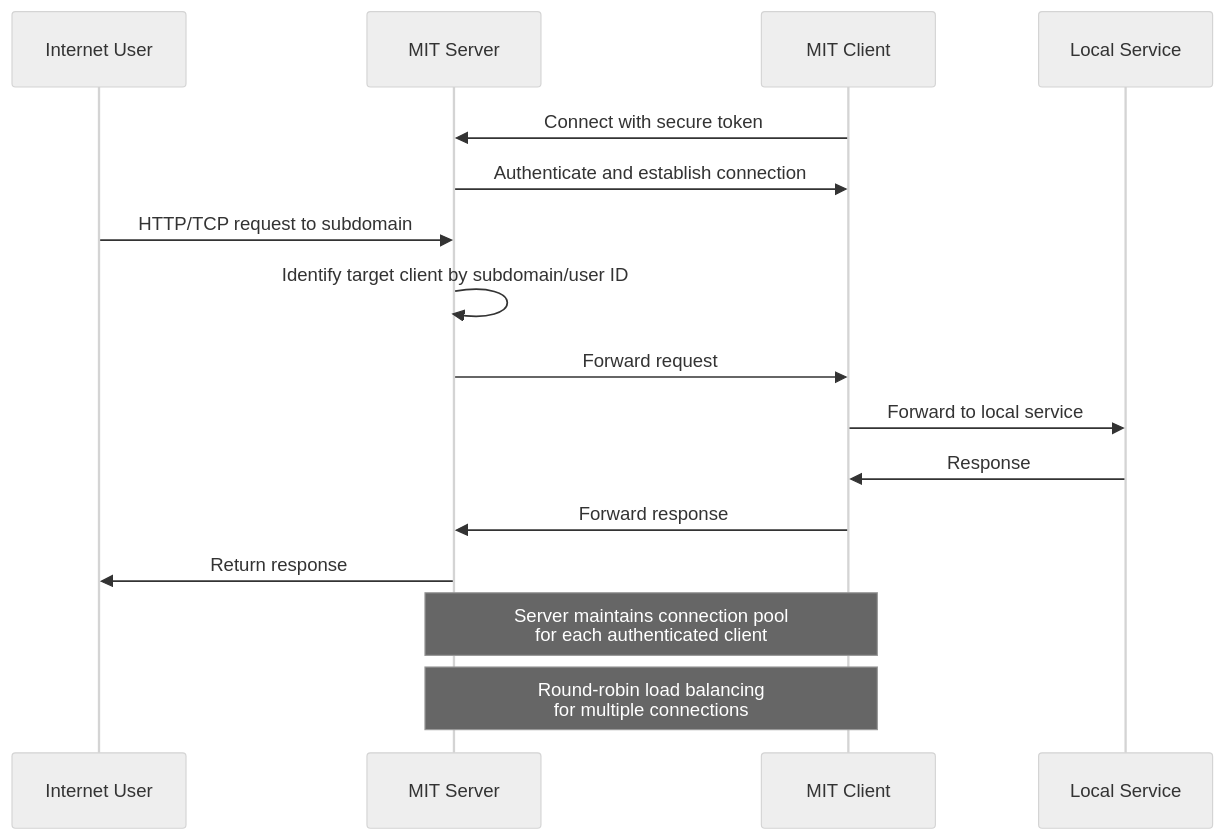
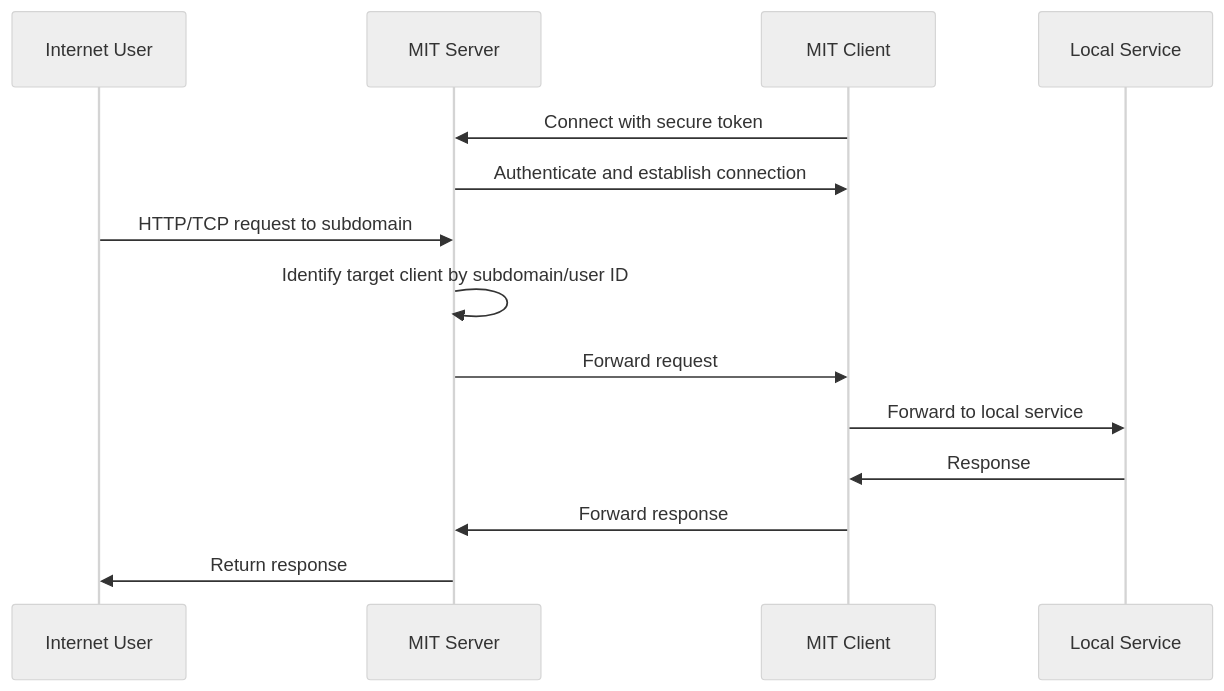
One commit to ksysoev/make-it-public changed the diagram in README.md. Above: the diagram before and after it, drawn with Mermaid (neutral theme). The commit also changed other lines of this file, not shown here.

Commit message:
Remove outdated connection management details from README
Eliminated references to connection pooling and round-robin load balancing in the README as these are no longer relevant. This ensures documentation reflects the current state of the system accurately.

````diff
--- a/README.md
+++ b/README.md
@@ -223,24 +223,20 @@
 ```mermaid
 sequenceDiagram
     participant User as Internet User
     participant Server as MIT Server
     participant Client as MIT Client
     participant Service as Local Service
 
     %% Initial setup
     Client->>Server: Connect with secure token
     Server->>Client: Authenticate and establish connection
 
     %% Request flow
     User->>Server: HTTP/TCP request to subdomain
     Server->>Server: Identify target client by subdomain/user ID
     Server->>Client: Forward request
     Client->>Service: Forward to local service
     Service->>Client: Response
     Client->>Server: Forward response
     Server->>User: Return response
-
-    %% Connection management
-    Note over Server,Client: Server maintains connection pool<br/>for each authenticated client
-    Note over Server,Client: Round-robin load balancing<br/>for multiple connections
 ```
````
